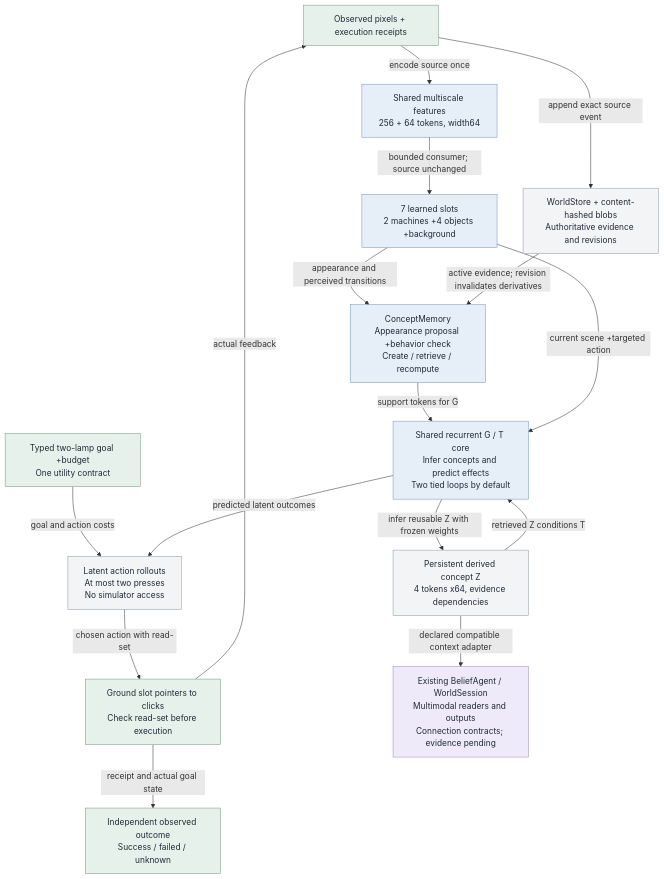
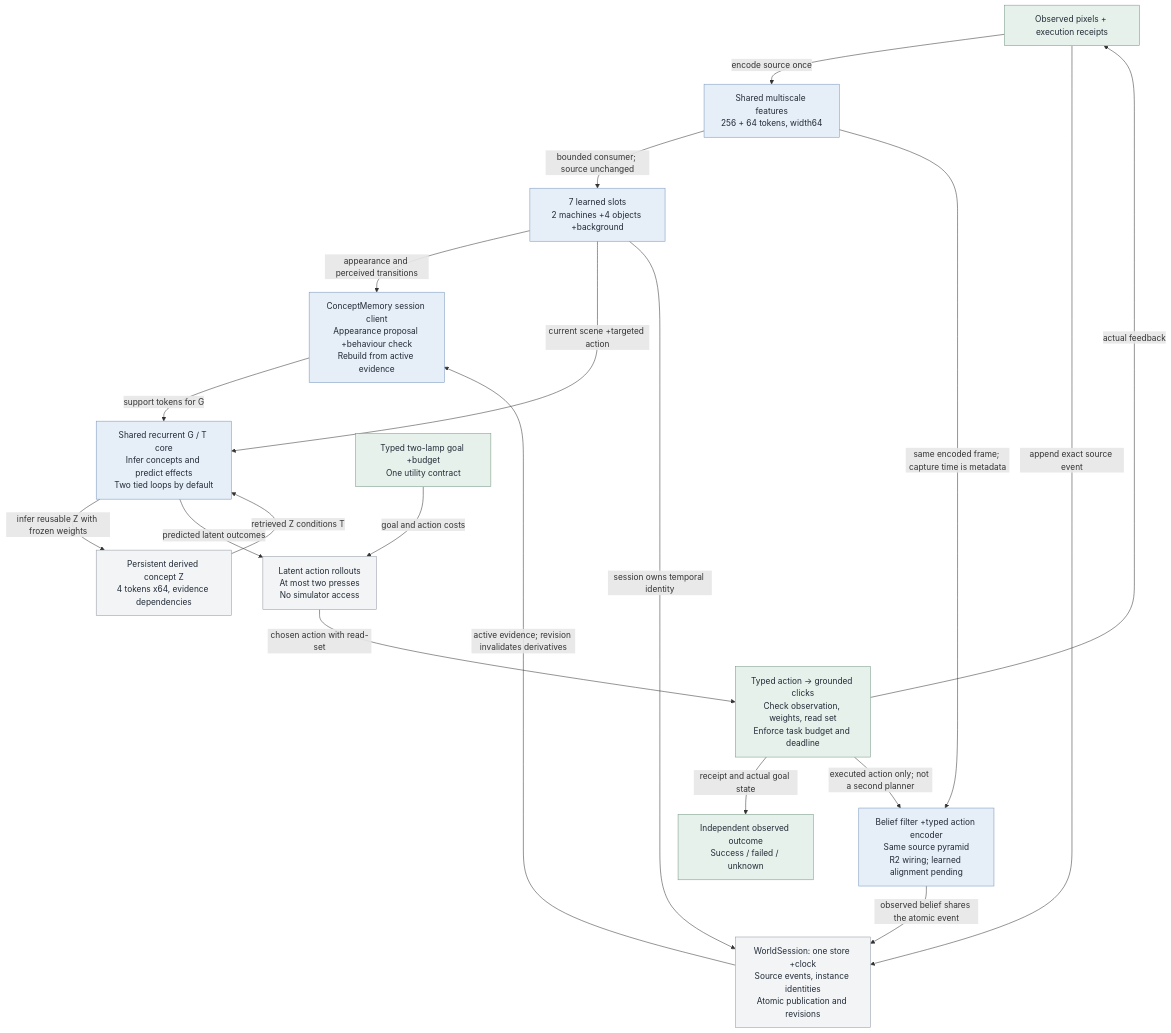
Before and after one commit to intrinsicD/path-wm: diagram 17 of 17 in docs/architecture-atlas.md, drawn with Mermaid. The commit also changed other lines of this file and 16 other files, not shown here.

Commit message:
Unify latent agent state ownership and enforce execution evidence

````diff
--- a/docs/architecture-atlas.md
+++ b/docs/architecture-atlas.md
@@ -1311,48 +1311,51 @@
 ```mermaid
 flowchart TB
     observe["Observed pixels + execution receipts"]
     class observe external;
     pyramid["Shared multiscale features<br/>256 + 64 tokens, width64"]
     class pyramid learned;
     slots["7 learned slots<br/>2 machines +4 objects +background"]
     class slots learned;
-    store["WorldStore + content-hashed blobs<br/>Authoritative evidence and revisions"]
+    store["WorldSession: one store +clock<br/>Source events, instance identities<br/>Atomic publication and revisions"]
     class store store;
-    memory["ConceptMemory<br/>Appearance proposal +behavior check<br/>Create / retrieve / recompute"]
+    memory["ConceptMemory session client<br/>Appearance proposal +behaviour check<br/>Rebuild from active evidence"]
     class memory learned;
     code["Persistent derived concept Z<br/>4 tokens x64, evidence dependencies"]
     class code store;
     core["Shared recurrent G / T core<br/>Infer concepts and predict effects<br/>Two tied loops by default"]
     class core learned;
     goal["Typed two-lamp goal +budget<br/>One utility contract"]
     class goal external;
     plan["Latent action rollouts<br/>At most two presses<br/>No simulator access"]
     class plan store;
-    execute["Ground slot pointers to clicks<br/>Check read-set before execution"]
+    execute["Typed action -&gt; grounded clicks<br/>Check observation, weights, read set<br/>Enforce task budget and deadline"]
     class execute external;
     verify["Independent observed outcome<br/>Success / failed / unknown"]
     class verify external;
-    other["Existing BeliefAgent / WorldSession<br/>Multimodal readers and outputs<br/>Connection contracts; evidence pending"]
-    class other optional;
+    other["Belief filter +typed action encoder<br/>Same source pyramid<br/>R2 wiring; learned alignment pending"]
+    class other learned;
     observe -->|"encode source once"| pyramid
     pyramid -->|"bounded consumer; source unchanged"| slots
     observe -->|"append exact source event"| store
     slots -->|"appearance and perceived transitions"| memory
     store -->|"active evidence; revision invalidates derivatives"| memory
     memory -->|"support tokens for G"| core
     core -->|"infer reusable Z with frozen weights"| code
     code -->|"retrieved Z conditions T"| core
     slots -->|"current scene +targeted action"| core
     goal -->|"goal and action costs"| plan
     core -->|"predicted latent outcomes"| plan
     plan -->|"chosen action with read-set"| execute
     execute -->|"actual feedback"| observe
     execute -->|"receipt and actual goal state"| verify
-    code -->|"declared compatible context adapter"| other
+    pyramid -->|"same encoded frame; capture time is metadata"| other
+    slots -->|"session owns temporal identity"| store
+    other -->|"observed belief shares the atomic event"| store
+    execute -->|"executed action only; not a second planner"| other
     classDef learned fill:#e6eef8,stroke:#7696bc,color:#202a36;
     classDef store fill:#f3f4f6,stroke:#9098a4,color:#202a36;
     classDef external fill:#e7f1eb,stroke:#789887,color:#202a36;
     classDef optional fill:#efeafa,stroke:#9c87b5,color:#202a36;
     classDef training fill:#fff0db,stroke:#bd934d,color:#202a36;
     classDef proposal fill:#fafafa,stroke:#9b9b9b,color:#202a36,stroke-dasharray:5 4;
 ```
````
